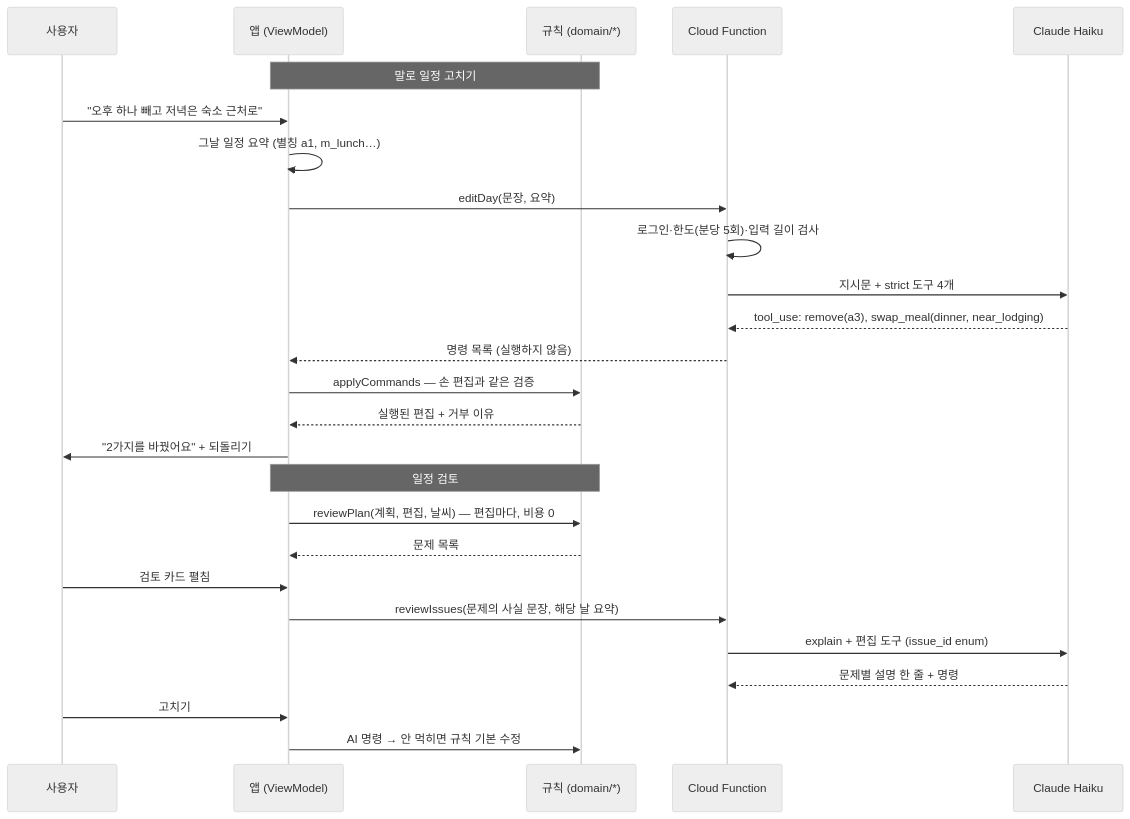
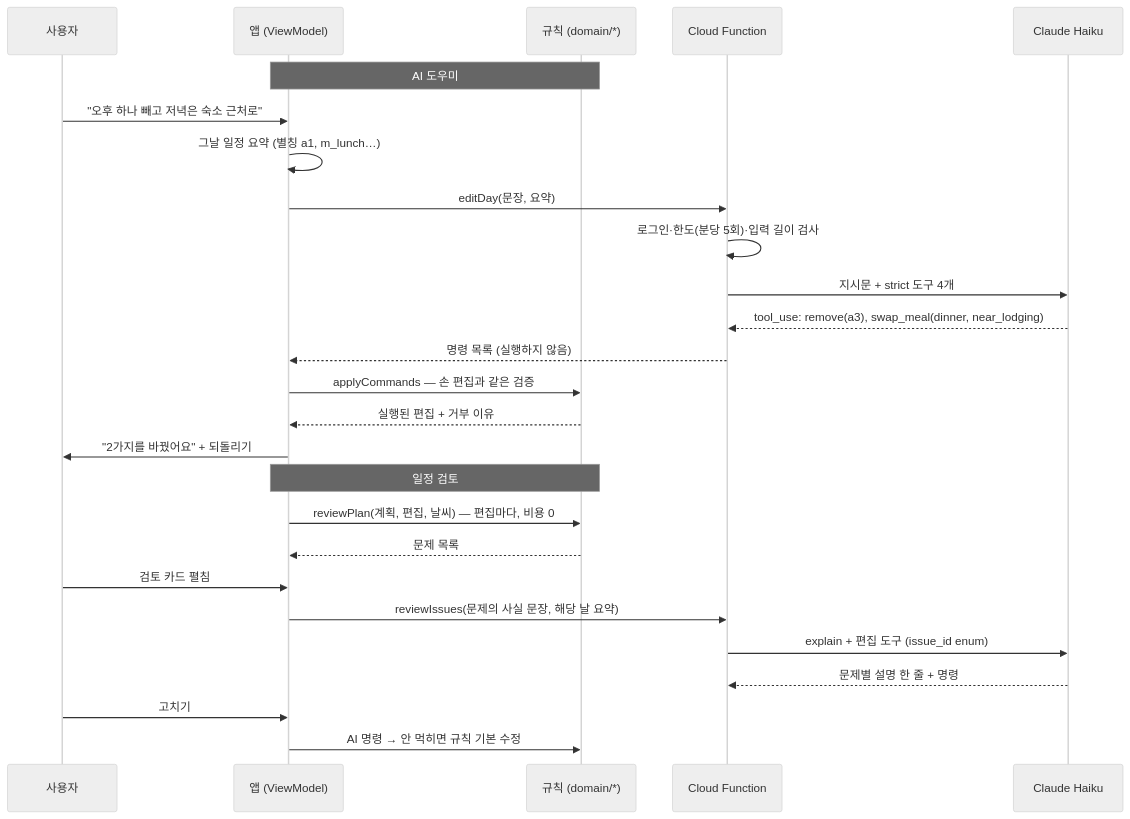
One commit to l1l1ll1/ReadyToGo changed the diagram in docs/agent-pipeline.md. Above: the diagram before and after it, drawn with Mermaid (neutral theme). The commit also changed other lines of this file and 2 other files, not shown here.

Commit message:
docs: README·docs의 "말로 고치기"를 "AI 도우미"로 — 미리보기 후 적용(적용은 호출 없음) 반영

````diff
--- a/docs/agent-pipeline.md
+++ b/docs/agent-pipeline.md
@@ -10,30 +10,30 @@
 ```mermaid
 sequenceDiagram
     participant U as 사용자
     participant A as 앱 (ViewModel)
     participant R as 규칙 (domain/*)
     participant F as Cloud Function
     participant C as Claude Haiku
 
-    Note over A,R: 말로 일정 고치기
+    Note over A,R: AI 도우미
     U->>A: "오후 하나 빼고 저녁은 숙소 근처로"
     A->>A: 그날 일정 요약 (별칭 a1, m_lunch…)
     A->>F: editDay(문장, 요약)
     F->>F: 로그인·한도(분당 5회)·입력 길이 검사
     F->>C: 지시문 + strict 도구 4개
     C-->>F: tool_use: remove(a3), swap_meal(dinner, near_lodging)
     F-->>A: 명령 목록 (실행하지 않음)
     A->>R: applyCommands — 손 편집과 같은 검증
     R-->>A: 실행된 편집 + 거부 이유
     A->>U: "2가지를 바꿨어요" + 되돌리기
 
     Note over A,R: 일정 검토
     A->>R: reviewPlan(계획, 편집, 날씨) — 편집마다, 비용 0
     R-->>A: 문제 목록
     U->>A: 검토 카드 펼침
     A->>F: reviewIssues(문제의 사실 문장, 해당 날 요약)
     F->>C: explain + 편집 도구 (issue_id enum)
     C-->>F: 문제별 설명 한 줄 + 명령
     U->>A: 고치기
     A->>R: AI 명령 → 안 먹히면 규칙 기본 수정
 ```
````
